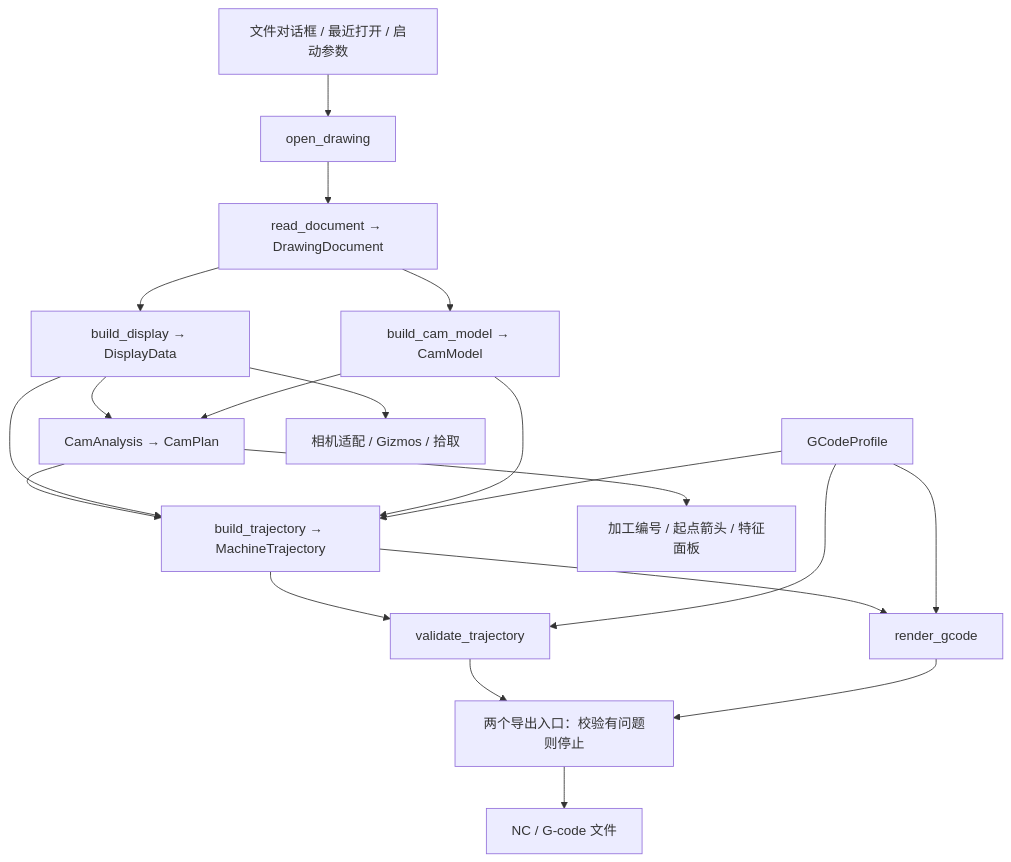
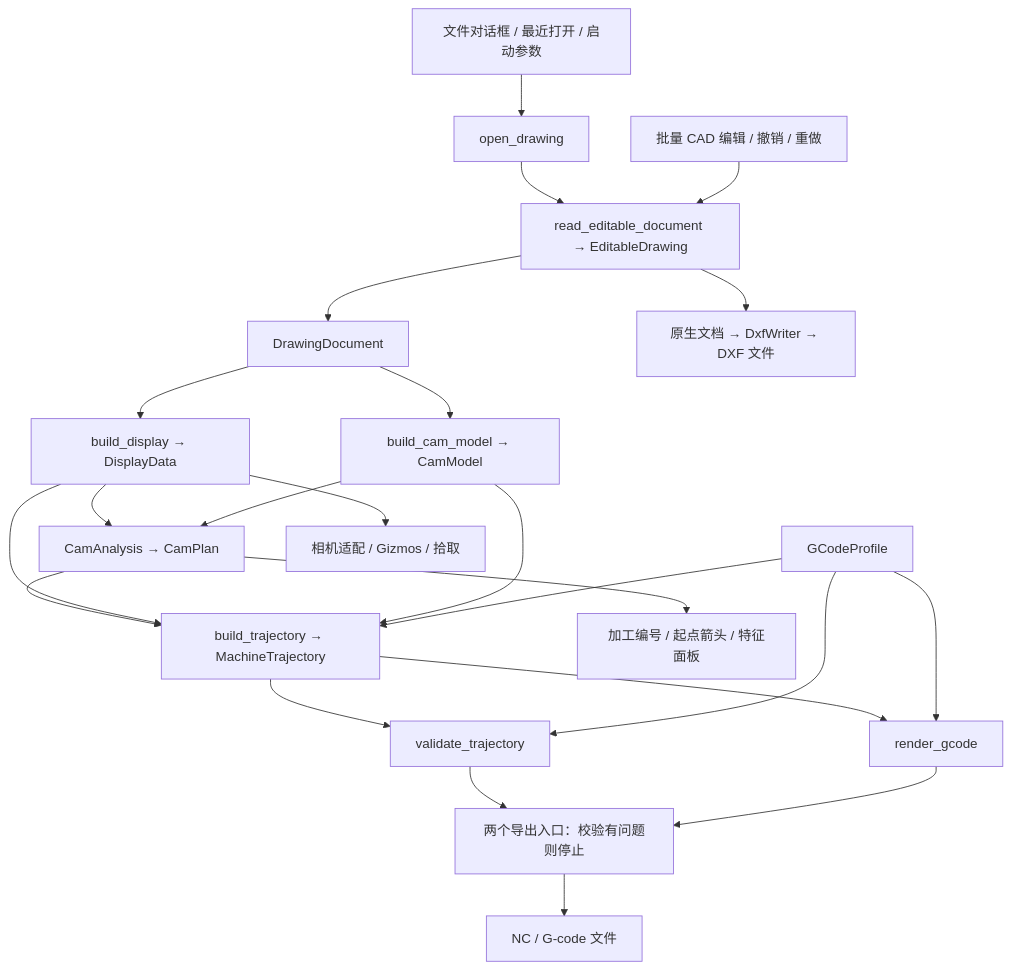
One commit to ZeroCopy-Labs/CADCAM-Rust changed the diagram in docs/架构.md. Above: the diagram before and after it, drawn with Mermaid. The commit also changed other lines of this file and 24 other files, not shown here.

````diff
--- a/docs/架构.md
+++ b/docs/架构.md
@@ -29,22 +36,25 @@
 ```mermaid
 flowchart TD
     A[文件对话框 / 最近打开 / 启动参数] --> B[open_drawing]
-    B --> C[read_document → DrawingDocument]
+    B --> R[read_editable_document → EditableDrawing]
+    R --> C[DrawingDocument]
+    Q[批量 CAD 编辑 / 撤销 / 重做] --> R
+    R --> X[原生文档 → DxfWriter → DXF 文件]
     C --> D[build_display → DisplayData]
     C --> E[build_cam_model → CamModel]
     D --> F[CamAnalysis → CamPlan]
     E --> F
     F --> G[build_trajectory → MachineTrajectory]
     D --> G
     E --> G
     P[GCodeProfile] --> G
     G --> H[validate_trajectory]
     G --> I[render_gcode]
     P --> H
     P --> I
     H --> K[两个导出入口：校验有问题则停止]
     I --> K
     K --> L[NC / G-code 文件]
     D --> M[相机适配 / Gizmos / 拾取]
     F --> N[加工编号 / 起点箭头 / 特征面板]
 ```
````
